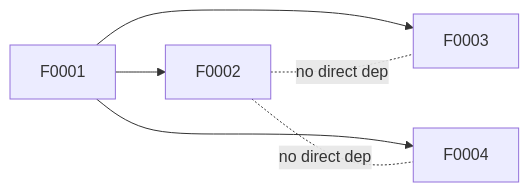
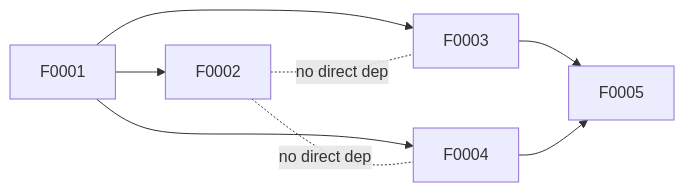
The diagram in docs/plans/project-plan.md (Nosmoht/agentic-control), drawn with Mermaid before and after one commit. The commit also changed other lines of this file and 2 other files, not shown here.

````diff
--- a/docs/plans/project-plan.md
+++ b/docs/plans/project-plan.md
@@ -45,8 +46,10 @@
 ```mermaid
 graph LR
   F0001 --> F0002
   F0001 --> F0003
   F0001 --> F0004
+  F0003 --> F0005
+  F0004 --> F0005
   F0002 -.no direct dep.- F0003
   F0002 -.no direct dep.- F0004
 ```
````
